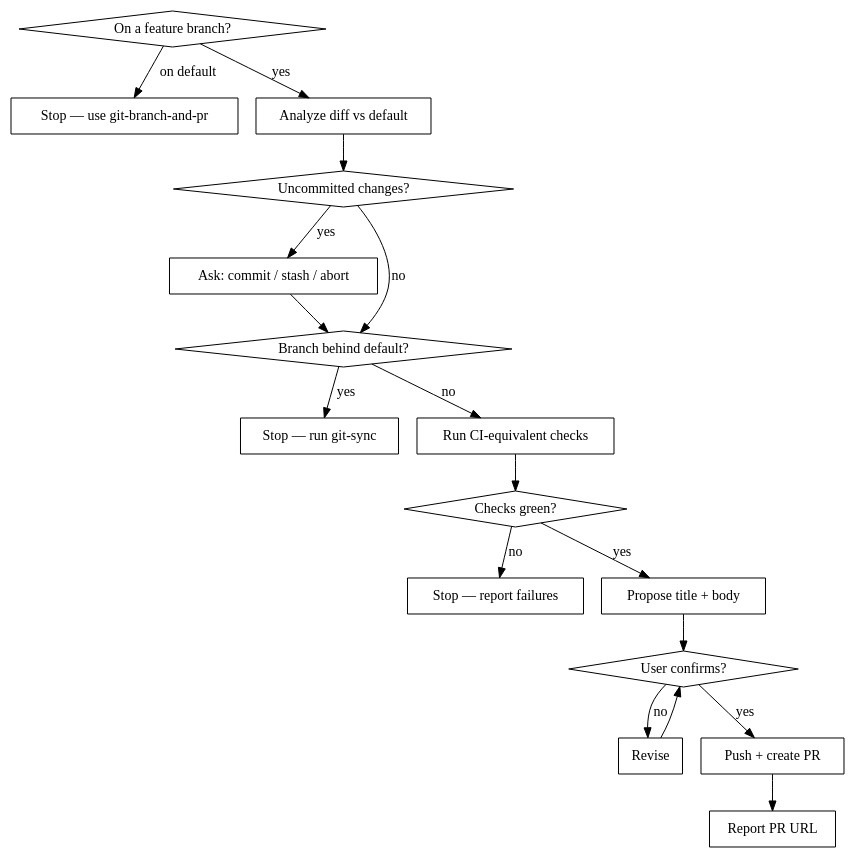
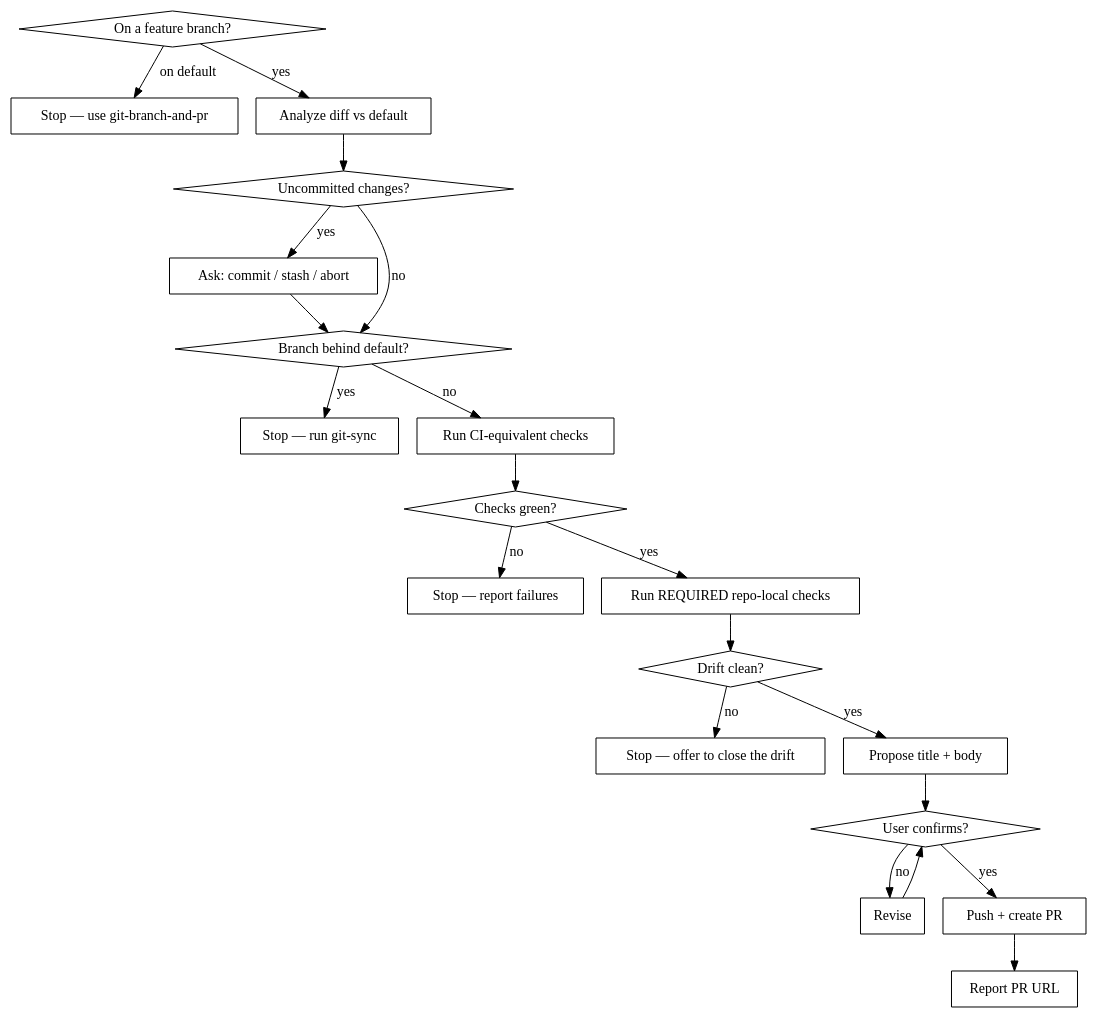
Before and after one commit to l0lxl0lw/dotfiles: the diagram in ai/shared/skills/git/git-pr/SKILL.md, drawn with Graphviz. The commit also changed other lines of this file and 9 other files, not shown here.

First line of the commit message:
feat(skills): gate PRs on the drift checks a repo declares for itself

````diff
--- a/ai/shared/skills/git/git-pr/SKILL.md
+++ b/ai/shared/skills/git/git-pr/SKILL.md
@@ -28,36 +62,42 @@
 ```dot
 digraph pr {
     "On a feature branch?" [shape=diamond];
     "Stop — use git-branch-and-pr" [shape=box];
     "Analyze diff vs default" [shape=box];
     "Uncommitted changes?" [shape=diamond];
     "Ask: commit / stash / abort" [shape=box];
     "Branch behind default?" [shape=diamond];
     "Stop — run git-sync" [shape=box];
     "Run CI-equivalent checks" [shape=box];
     "Checks green?" [shape=diamond];
     "Stop — report failures" [shape=box];
+    "Run REQUIRED repo-local checks" [shape=box];
+    "Drift clean?" [shape=diamond];
+    "Stop — offer to close the drift" [shape=box];
     "Propose title + body" [shape=box];
     "User confirms?" [shape=diamond];
     "Revise" [shape=box];
     "Push + create PR" [shape=box];
     "Report PR URL" [shape=box];
 
     "On a feature branch?" -> "Stop — use git-branch-and-pr" [label="on default"];
     "On a feature branch?" -> "Analyze diff vs default" [label="yes"];
     "Analyze diff vs default" -> "Uncommitted changes?";
     "Uncommitted changes?" -> "Ask: commit / stash / abort" [label="yes"];
     "Uncommitted changes?" -> "Branch behind default?" [label="no"];
     "Ask: commit / stash / abort" -> "Branch behind default?";
     "Branch behind default?" -> "Stop — run git-sync" [label="yes"];
     "Branch behind default?" -> "Run CI-equivalent checks" [label="no"];
     "Run CI-equivalent checks" -> "Checks green?";
     "Checks green?" -> "Stop — report failures" [label="no"];
-    "Checks green?" -> "Propose title + body" [label="yes"];
+    "Checks green?" -> "Run REQUIRED repo-local checks" [label="yes"];
+    "Run REQUIRED repo-local checks" -> "Drift clean?";
+    "Drift clean?" -> "Stop — offer to close the drift" [label="no"];
+    "Drift clean?" -> "Propose title + body" [label="yes"];
     "Propose title + body" -> "User confirms?";
     "User confirms?" -> "Revise" [label="no"];
     "Revise" -> "User confirms?";
     "User confirms?" -> "Push + create PR" [label="yes"];
     "Push + create PR" -> "Report PR URL";
 }
 ```
````
